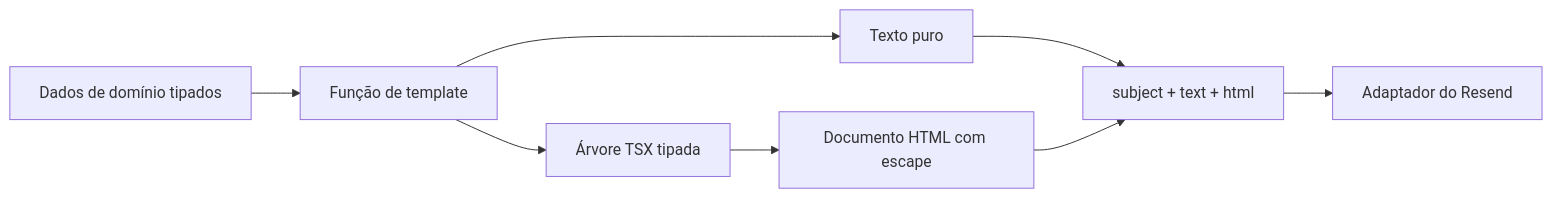
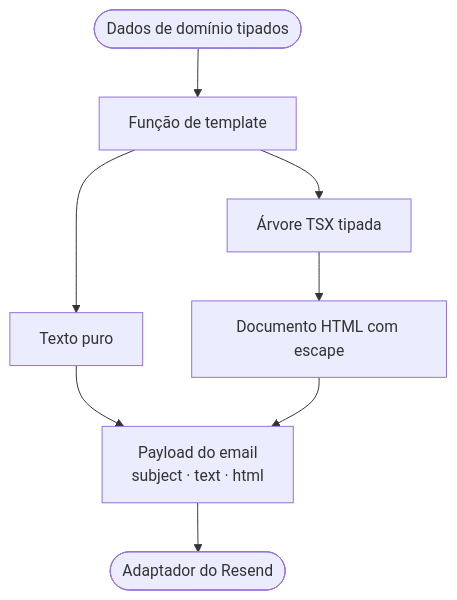
Before and after one commit to ErickCReis/ErickCReis: the diagram in web/content/blog/email-templates-without-a-template-framework.pt-BR.mdx, drawn with Mermaid. The commit also changed 23 other files, not shown here.

Commit message:
Polish Mermaid diagrams across blog posts

````diff
--- a/web/content/blog/email-templates-without-a-template-framework.pt-BR.mdx
+++ b/web/content/blog/email-templates-without-a-template-framework.pt-BR.mdx
@@ -20,10 +20,10 @@
 ```mermaid center
-flowchart LR
-  Data["Dados de domínio tipados"] --> Renderer["Função de template"]
+flowchart TB
+  Data(["Dados de domínio tipados"]) --> Renderer["Função de template"]
   Renderer --> Text["Texto puro"]
   Renderer --> JSX["Árvore TSX tipada"]
   JSX --> HTML["Documento HTML com escape"]
-  Text --> Message["subject + text + html"]
+  Text --> Message["Payload do email<br/>subject · text · html"]
   HTML --> Message
-  Message --> Adapter["Adaptador do Resend"]
+  Message --> Adapter(["Adaptador do Resend"])
 ```
````
